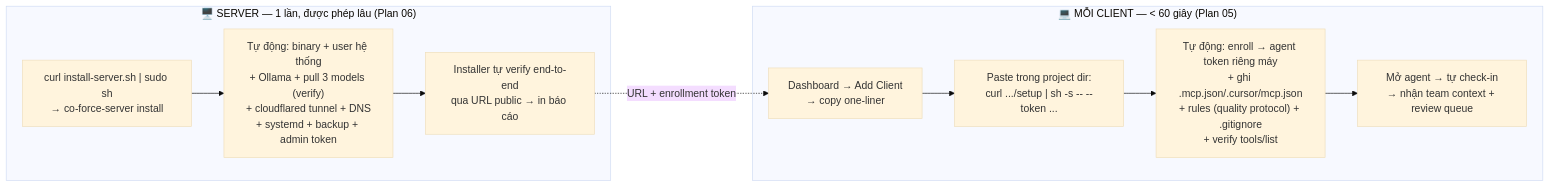
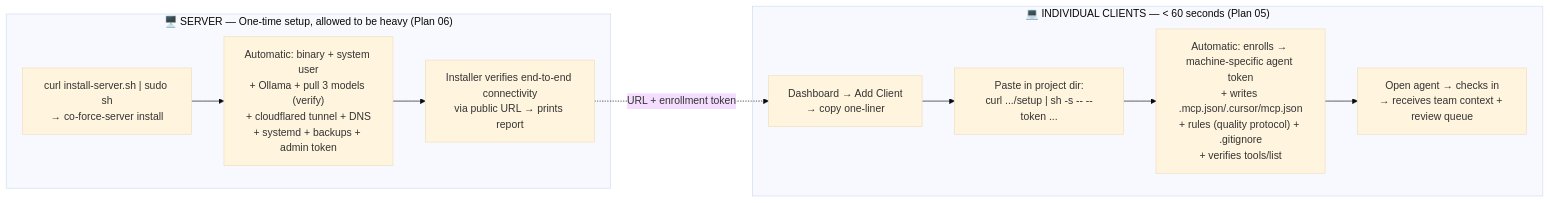
Before and after one commit to hiimtrung/co-force: the sixth of 7 diagrams in docs/architecture.md, drawn with Mermaid (base theme). The commit also changed other lines of this file and 17 other files, not shown here.

Commit message:
docs: translate solo orchestration plan to English and standardize documentation across the project

````diff
--- a/docs/architecture.md
+++ b/docs/architecture.md
@@ -468,15 +468,15 @@
 ```mermaid
 flowchart LR
-    subgraph ServerSide["🖥️ SERVER — 1 lần, được phép lâu (Plan 06)"]
-        SI["curl install-server.sh | sudo sh<br/>→ co-force-server install"] --> SA["Tự động: binary + user hệ thống<br/>+ Ollama + pull 3 models (verify)<br/>+ cloudflared tunnel + DNS<br/>+ systemd + backup + admin token"]
-        SA --> SV["Installer tự verify end-to-end<br/>qua URL public → in báo cáo"]
+    subgraph ServerSide["🖥️ SERVER — One-time setup, allowed to be heavy (Plan 06)"]
+        SI["curl install-server.sh | sudo sh<br/>→ co-force-server install"] --> SA["Automatic: binary + system user<br/>+ Ollama + pull 3 models (verify)<br/>+ cloudflared tunnel + DNS<br/>+ systemd + backups + admin token"]
+        SA --> SV["Installer verifies end-to-end connectivity<br/>via public URL → prints report"]
     end
 
-    subgraph ClientSide["💻 MỖI CLIENT — < 60 giây (Plan 05)"]
-        CE["Dashboard → Add Client<br/>→ copy one-liner"] --> CR["Paste trong project dir:<br/>curl .../setup | sh -s -- --token ..."]
-        CR --> CA["Tự động: enroll → agent token riêng máy<br/>+ ghi .mcp.json/.cursor/mcp.json<br/>+ rules (quality protocol) + .gitignore<br/>+ verify tools/list"]
-        CA --> GO["Mở agent → tự check-in<br/>→ nhận team context + review queue"]
+    subgraph ClientSide["💻 INDIVIDUAL CLIENTS — < 60 seconds (Plan 05)"]
+        CE["Dashboard → Add Client<br/>→ copy one-liner"] --> CR["Paste in project dir:<br/>curl .../setup | sh -s -- --token ..."]
+        CR --> CA["Automatic: enrolls → machine-specific agent token<br/>+ writes .mcp.json/.cursor/mcp.json<br/>+ rules (quality protocol) + .gitignore<br/>+ verifies tools/list"]
+        CA --> GO["Open agent → checks in<br/>→ receives team context + review queue"]
     end
 
     SV -.->|"URL + enrollment token"| CE
 ```
````
